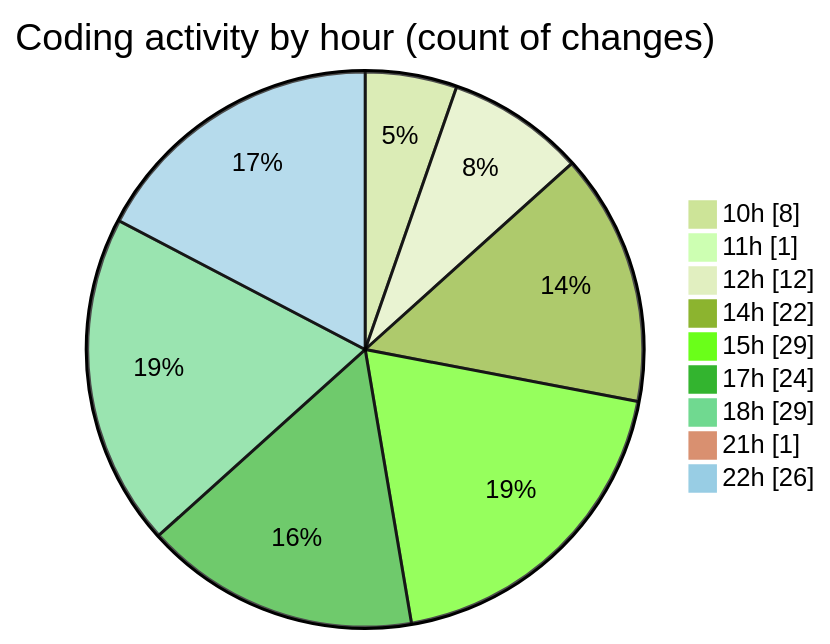
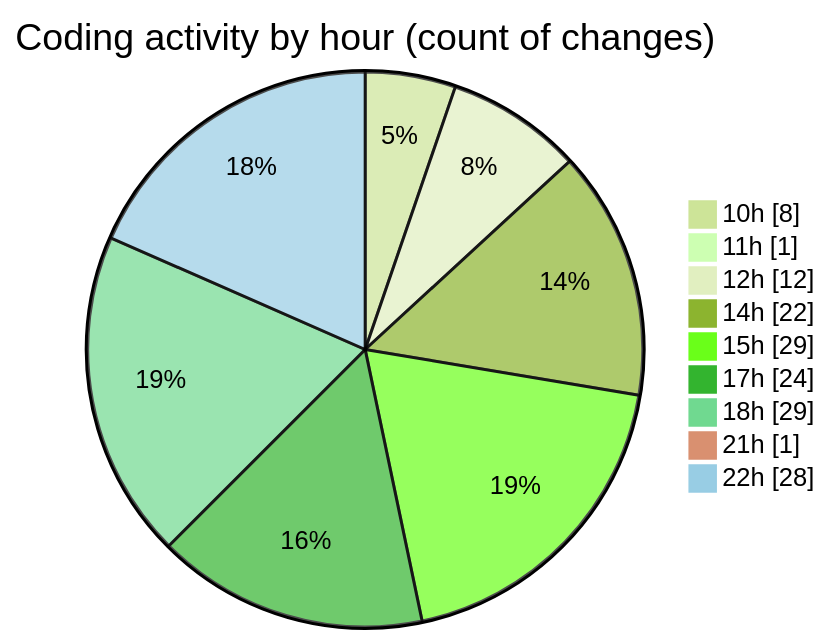
One commit to momahboobian/code-tracking changed the second of 2 diagrams in 2025-07-31/cda/README.md. Above: the diagram before and after it, drawn with Mermaid (forest theme). The commit also changed other lines of this file and 1 other file, not shown here.

````diff
--- a/2025-07-31/cda/README.md
+++ b/2025-07-31/cda/README.md
@@ -41,13 +41,13 @@
 ```mermaid
 pie showData
 title Coding activity by hour (count of changes)
 "10h" : 8
 "11h" : 1
 "12h" : 12
 "14h" : 22
 "15h" : 29
 "17h" : 24
 "18h" : 29
 "21h" : 1
-"22h" : 26
+"22h" : 28
 ```
````
